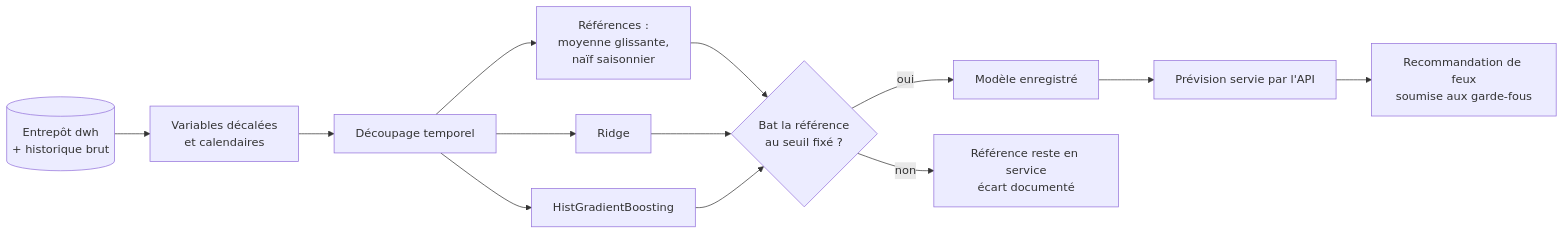
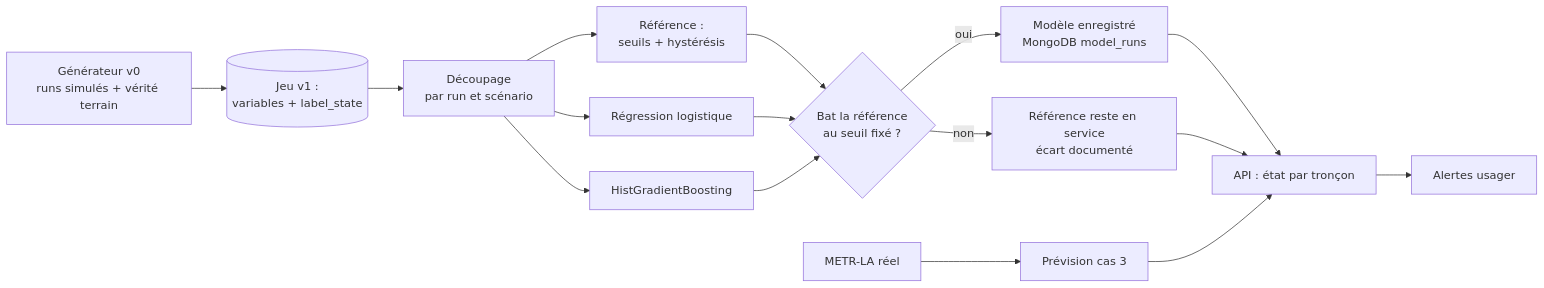
One commit to RobelManoa/novaria-core changed the diagram in docs/01-architecture/adr/ADR-015-modeles-ia.md. Above: the diagram before and after it, drawn with Mermaid. The commit also changed other lines of this file and 83 other files, not shown here.

````diff
--- a/docs/01-architecture/adr/ADR-015-modeles-ia.md
+++ b/docs/01-architecture/adr/ADR-015-modeles-ia.md
@@ -60,13 +92,15 @@
 ```mermaid
 flowchart LR
-    D[(Entrepôt dwh<br/>+ historique brut)] --> F[Variables décalées<br/>et calendaires]
-    F --> S[Découpage temporel]
-    S --> M1[Références :<br/>moyenne glissante,<br/>naïf saisonnier]
-    S --> M2[Ridge]
-    S --> M3[HistGradientBoosting]
-    M1 & M2 & M3 --> E{Bat la référence<br/>au seuil fixé ?}
-    E -- oui --> R[Modèle enregistré]
+    G[Générateur v0<br/>runs simulés + vérité terrain] --> D[(Jeu v1 :<br/>variables + label_state)]
+    D --> S[Découpage<br/>par run et scénario]
+    S --> R1[Référence :<br/>seuils + hystérésis]
+    S --> M1[Régression logistique]
+    S --> M2[HistGradientBoosting]
+    R1 & M1 & M2 --> E{Bat la référence<br/>au seuil fixé ?}
+    E -- oui --> REG[Modèle enregistré<br/>MongoDB model_runs]
     E -- non --> B[Référence reste en service<br/>écart documenté]
-    R --> P[Prévision servie par l'API]
-    P --> C[Recommandation de feux<br/>soumise aux garde-fous]
+    REG --> API[API : état par tronçon]
+    B --> API
+    API --> AL[Alertes usager]
+    ML2[METR-LA réel] --> P[Prévision cas 3] --> API
 ```
````
